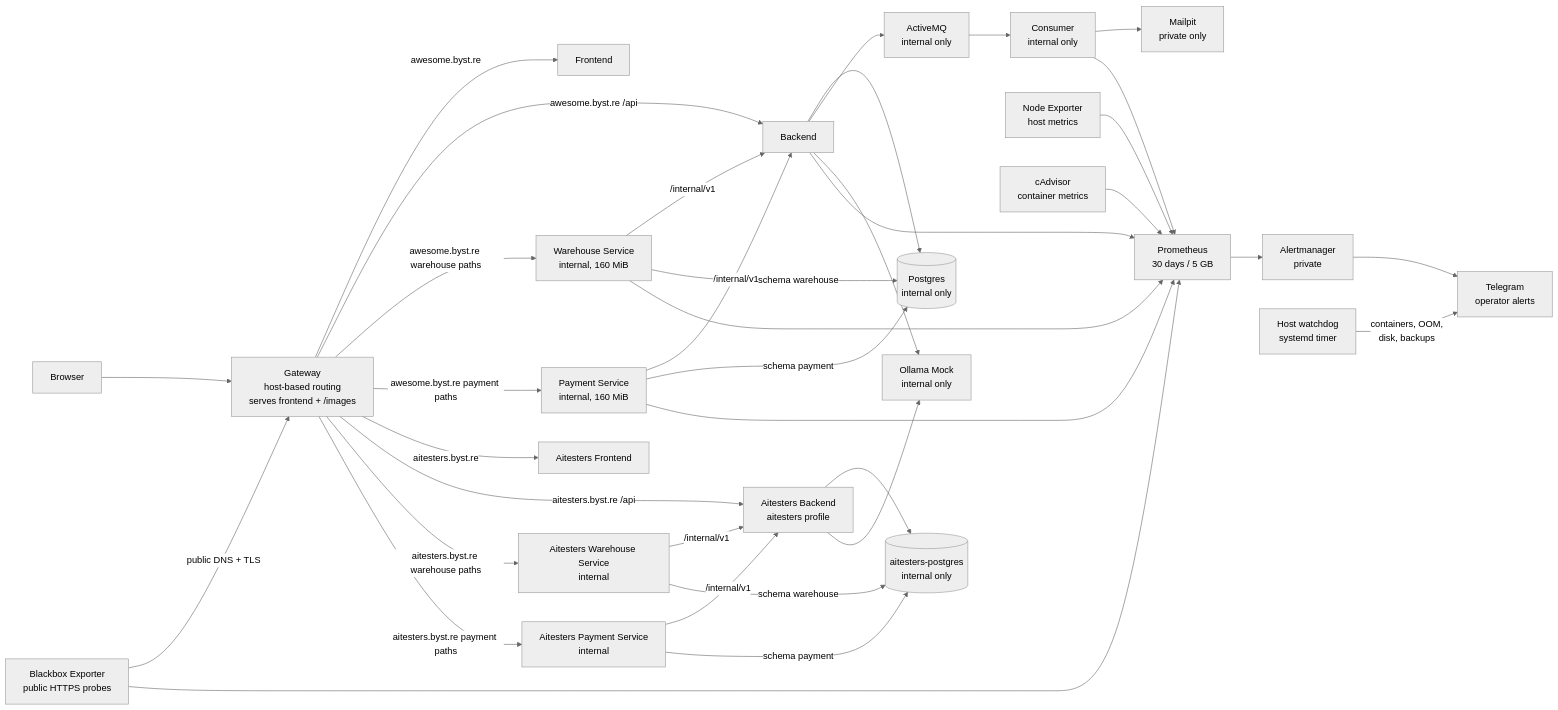
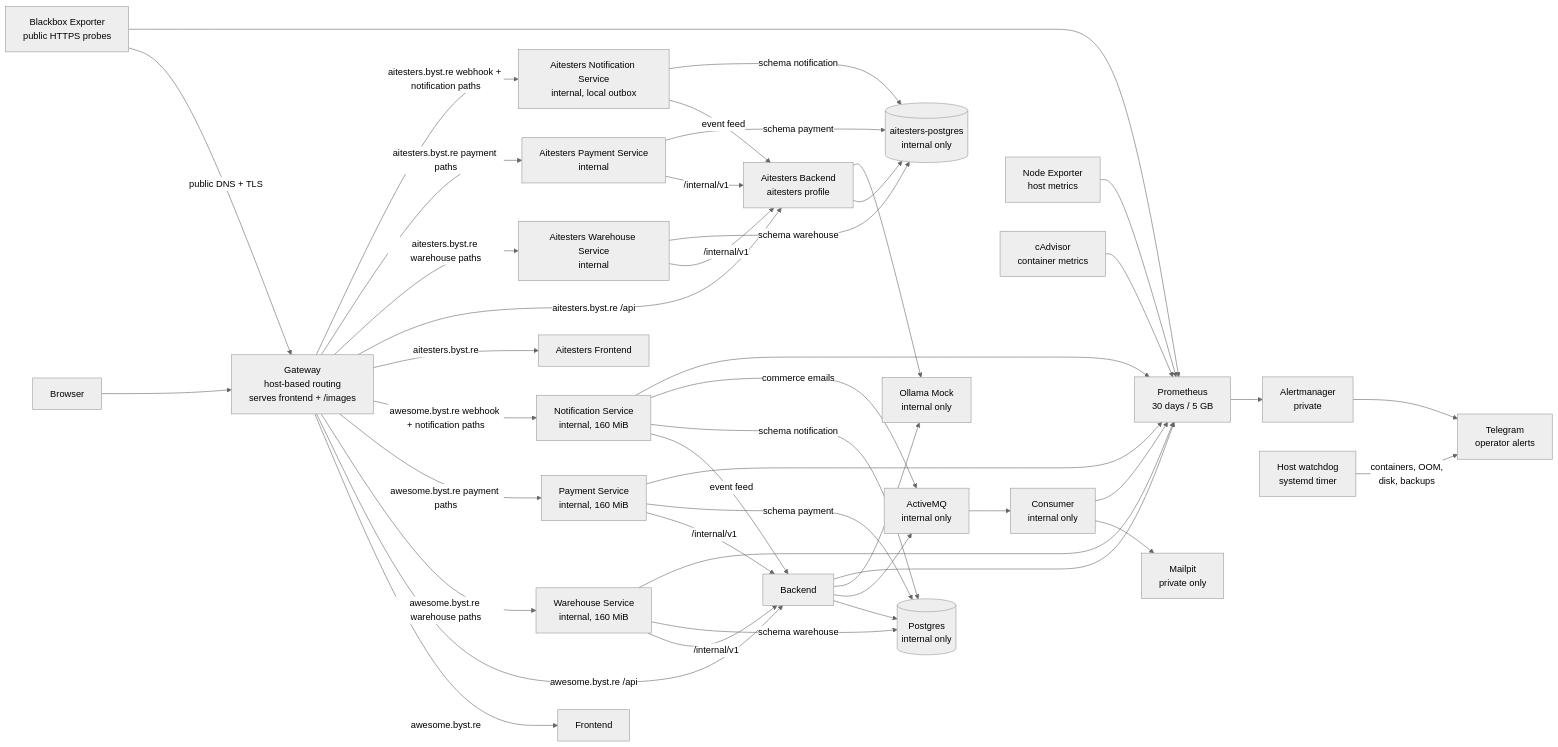
The third of 3 diagrams in README.md (slawekradzyminski/awesome-localstack), drawn with Mermaid (neutral theme) before and after one commit. The commit also changed other lines of this file and 32 other files, not shown here.

First line of the commit message:
Document notification-service, reservations and split shipments

````diff
--- a/README.md
+++ b/README.md
@@ -449,61 +475,71 @@
 ```mermaid
 flowchart LR
     U[Browser]
     G[Gateway<br/>host-based routing<br/>serves frontend + /images]
     F[Frontend]
     B[Backend]
     W[Warehouse Service<br/>internal, 160 MiB]
     PS[Payment Service<br/>internal, 160 MiB]
+    NS[Notification Service<br/>internal, 160 MiB]
     AF[Aitesters Frontend]
     AB[Aitesters Backend<br/>aitesters profile]
     AW[Aitesters Warehouse Service<br/>internal]
     APS[Aitesters Payment Service<br/>internal]
+    ANS[Aitesters Notification Service<br/>internal, local outbox]
     ADB[(aitesters-postgres<br/>internal only)]
     DB[(Postgres<br/>internal only)]
     MQ[ActiveMQ<br/>internal only]
     C[Consumer<br/>internal only]
     M[Mailpit<br/>private only]
     O[Ollama Mock<br/>internal only]
     N[Node Exporter<br/>host metrics]
     CA[cAdvisor<br/>container metrics]
     BB[Blackbox Exporter<br/>public HTTPS probes]
     P[Prometheus<br/>30 days / 5 GB]
     AM[Alertmanager<br/>private]
     T[Telegram<br/>operator alerts]
 
     U --> G
     G -->|awesome.byst.re| F
     G -->|awesome.byst.re /api| B
     G -->|awesome.byst.re warehouse paths| W
     G -->|awesome.byst.re payment paths| PS
+    G -->|awesome.byst.re webhook + notification paths| NS
     W -->|/internal/v1| B
     PS -->|/internal/v1| B
+    NS -->|event feed| B
     W -->|schema warehouse| DB
     PS -->|schema payment| DB
+    NS -->|schema notification| DB
+    NS -->|commerce emails| MQ
     G -->|aitesters.byst.re| AF
     G -->|aitesters.byst.re /api| AB
     G -->|aitesters.byst.re warehouse paths| AW
     G -->|aitesters.byst.re payment paths| APS
+    G -->|aitesters.byst.re webhook + notification paths| ANS
     AW -->|/internal/v1| AB
     APS -->|/internal/v1| AB
+    ANS -->|event feed| AB
     AB --> ADB
     AW -->|schema warehouse| ADB
     APS -->|schema payment| ADB
+    ANS -->|schema notification| ADB
     B --> DB
     B --> MQ
     MQ --> C
     C --> M
     B --> O
     AB --> O
     N --> P
     CA --> P
     BB -->|public DNS + TLS| G
     BB --> P
     B --> P
     C --> P
     W --> P
     PS --> P
+    NS --> P
     P --> AM
     AM --> T
     WD[Host watchdog<br/>systemd timer] -->|containers, OOM,<br/>disk, backups| T
 ```
````
